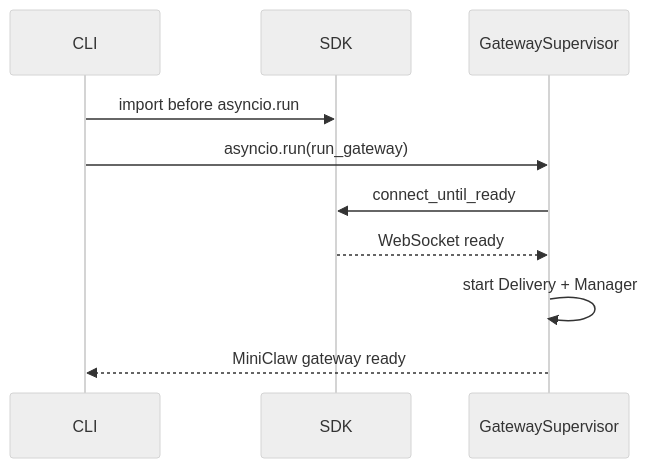
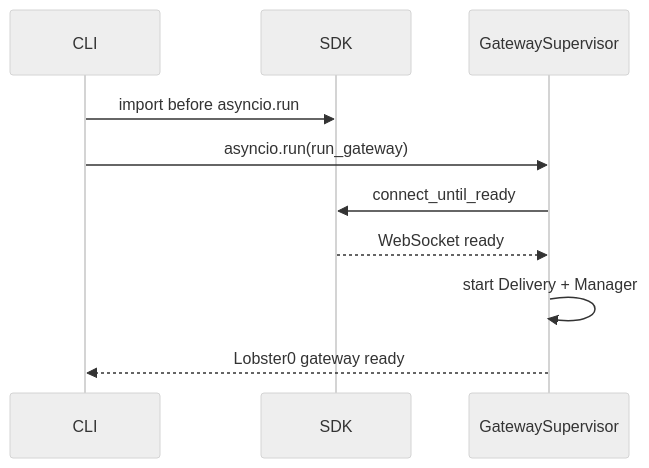
The fourth of 4 diagrams in docs/engineering/phase-5/20260809_feishu-single-card-and-lark-cli.md (NEDONION/lobster0), drawn with Mermaid (neutral theme) before and after one commit. The commit also changed other lines of this file and 221 other files, not shown here.

````diff
--- a/docs/engineering/phase-5/20260809_feishu-single-card-and-lark-cli.md
+++ b/docs/engineering/phase-5/20260809_feishu-single-card-and-lark-cli.md
@@ -168,12 +168,12 @@
 ```mermaid
 sequenceDiagram
     participant CLI
     participant SDK
     participant G as GatewaySupervisor
     CLI->>SDK: import before asyncio.run
     CLI->>G: asyncio.run(run_gateway)
     G->>SDK: connect_until_ready
     SDK-->>G: WebSocket ready
     G->>G: start Delivery + Manager
-    G-->>CLI: MiniClaw gateway ready
+    G-->>CLI: Lobster0 gateway ready
 ```
````
